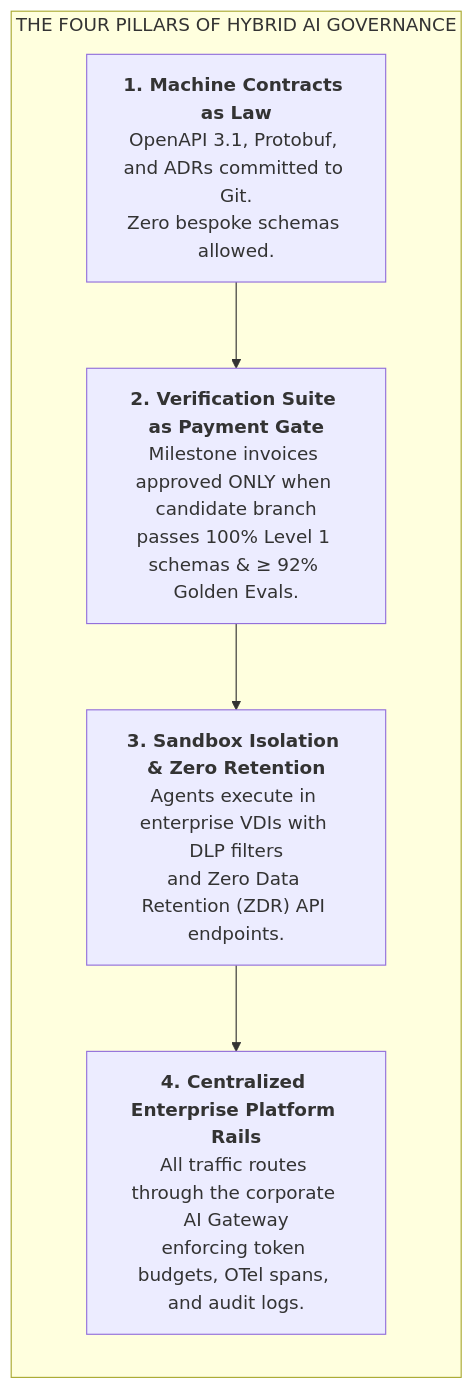
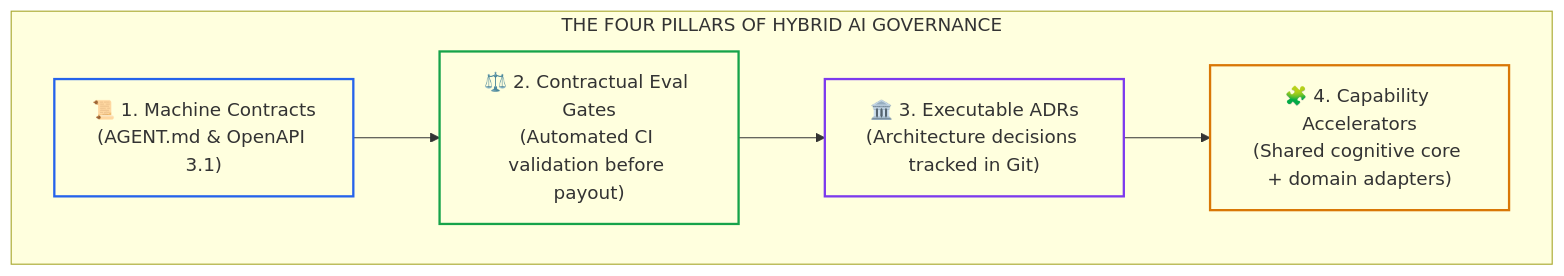
Before and after one commit to dip4k/senior-engineer-to-ai-engineer-roadmap: the first of 2 diagrams in 08-ai-augmented-sdlc-and-leadership/07-enterprise-ai-delivery-governance-and-accelerators.md, drawn with Mermaid. The commit also changed other lines of this file and 16 other files, not shown here.

````diff
--- a/08-ai-augmented-sdlc-and-leadership/07-enterprise-ai-delivery-governance-and-accelerators.md
+++ b/08-ai-augmented-sdlc-and-leadership/07-enterprise-ai-delivery-governance-and-accelerators.md
@@ -57,12 +72,16 @@
 ```mermaid
 flowchart TD
-    subgraph Pillars["THE FOUR PILLARS OF HYBRID AI GOVERNANCE"]
-        direction TB
-        P1["<b>1. Machine Contracts as Law</b><br/>OpenAPI 3.1, Protobuf, and ADRs committed to Git.<br/>Zero bespoke schemas allowed."]
-        P2["<b>2. Verification Suite as Payment Gate</b><br/>Milestone invoices approved ONLY when candidate branch<br/>passes 100% Level 1 schemas &amp; &ge; 92% Golden Evals."]
-        P3["<b>3. Sandbox Isolation &amp; Zero Retention</b><br/>Agents execute in enterprise VDIs with DLP filters<br/>and Zero Data Retention (ZDR) API endpoints."]
-        P4["<b>4. Centralized Enterprise Platform Rails</b><br/>All traffic routes through the corporate AI Gateway<br/>enforcing token budgets, OTel spans, and audit logs."]
-        
+    subgraph Governance["THE FOUR PILLARS OF HYBRID AI GOVERNANCE"]
+        P1["📜 1. Machine Contracts<br>(AGENT.md & OpenAPI 3.1)"]
+        P2["⚖️ 2. Contractual Eval Gates<br>(Automated CI validation before payout)"]
+        P3["🏛️ 3. Executable ADRs<br>(Architecture decisions tracked in Git)"]
+        P4["🧩 4. Capability Accelerators<br>(Shared cognitive core + domain adapters)"]
+
         P1 --> P2 --> P3 --> P4
     end
+
+    style P1 stroke:#2563eb,stroke-width:2px,fill:none
+    style P2 stroke:#16a34a,stroke-width:2px,fill:none
+    style P3 stroke:#7c3aed,stroke-width:2px,fill:none
+    style P4 stroke:#d97706,stroke-width:2px,fill:none
 ```
````
